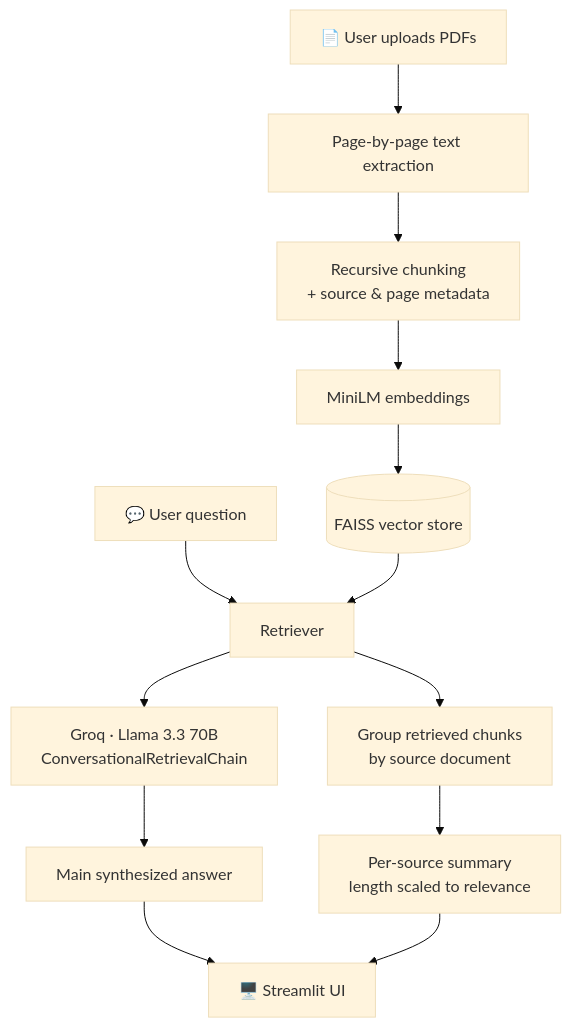
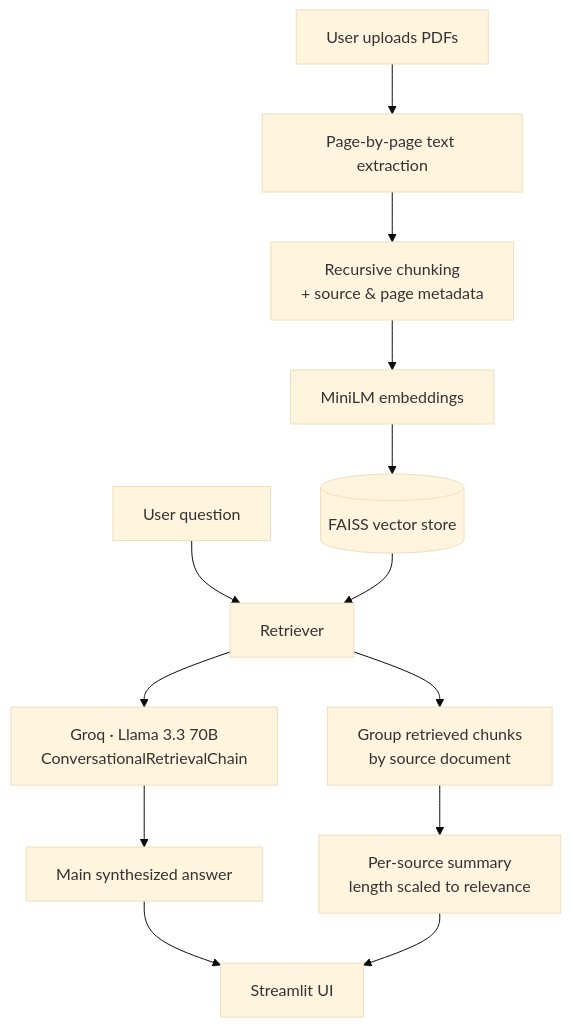
One commit to najifa-22/context-ai changed the diagram in README.md. Above: the diagram before and after it, drawn with Mermaid (base theme). The commit also changed other lines of this file, not shown here.

````diff
--- a/README.md
+++ b/README.md
@@ -103,15 +66,15 @@
 ```mermaid
 flowchart TD
-    A[📄 User uploads PDFs] --> B[Page-by-page text extraction]
+    A[ User uploads PDFs] --> B[Page-by-page text extraction]
     B --> C[Recursive chunking<br/>+ source & page metadata]
     C --> D[MiniLM embeddings]
     D --> E[(FAISS vector store)]
-    F[💬 User question] --> G[Retriever]
+    F[ User question] --> G[Retriever]
     E --> G
     G --> H[Groq · Llama 3.3 70B<br/>ConversationalRetrievalChain]
     H --> I[Main synthesized answer]
     G --> J[Group retrieved chunks<br/>by source document]
     J --> K[Per-source summary<br/>length scaled to relevance]
-    I --> L[🖥️ Streamlit UI]
+    I --> L[ Streamlit UI]
     K --> L
 ```
````
